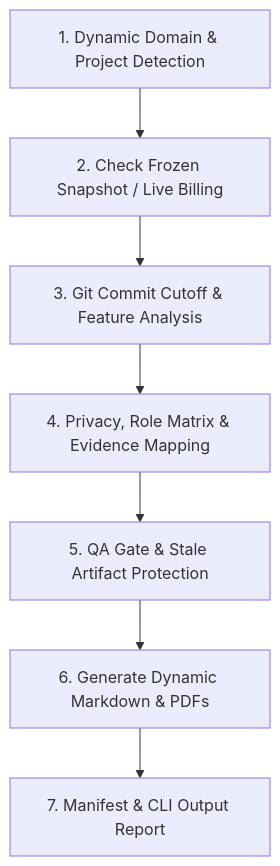
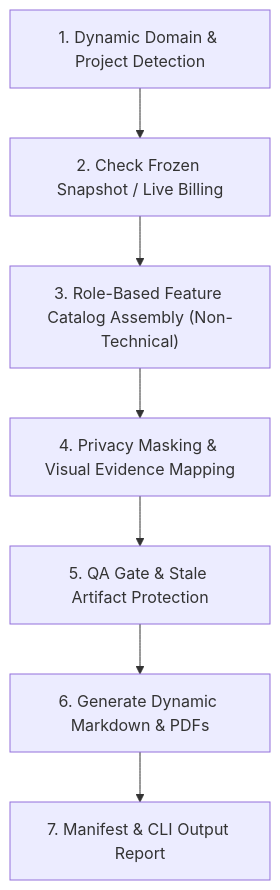
The diagram in .agents/skills/siasek-bos/SKILL.md (ciemilsalim/aplikasi-absensi), drawn with Mermaid before and after one commit. The commit also changed other lines of this file and 16 other files, not shown here.

````diff
--- a/.agents/skills/siasek-bos/SKILL.md
+++ b/.agents/skills/siasek-bos/SKILL.md
@@ -41,9 +87,9 @@
 ```mermaid
 graph TD
     A["1. Dynamic Domain & Project Detection"] --> B["2. Check Frozen Snapshot / Live Billing"]
-    B --> C["3. Git Commit Cutoff & Feature Analysis"]
-    C --> D["4. Privacy, Role Matrix & Evidence Mapping"]
+    B --> C["3. Role-Based Feature Catalog Assembly (Non-Technical)"]
+    C --> D["4. Privacy Masking & Visual Evidence Mapping"]
     D --> E["5. QA Gate & Stale Artifact Protection"]
     E --> F["6. Generate Dynamic Markdown & PDFs"]
     F --> G["7. Manifest & CLI Output Report"]
 ```
````
